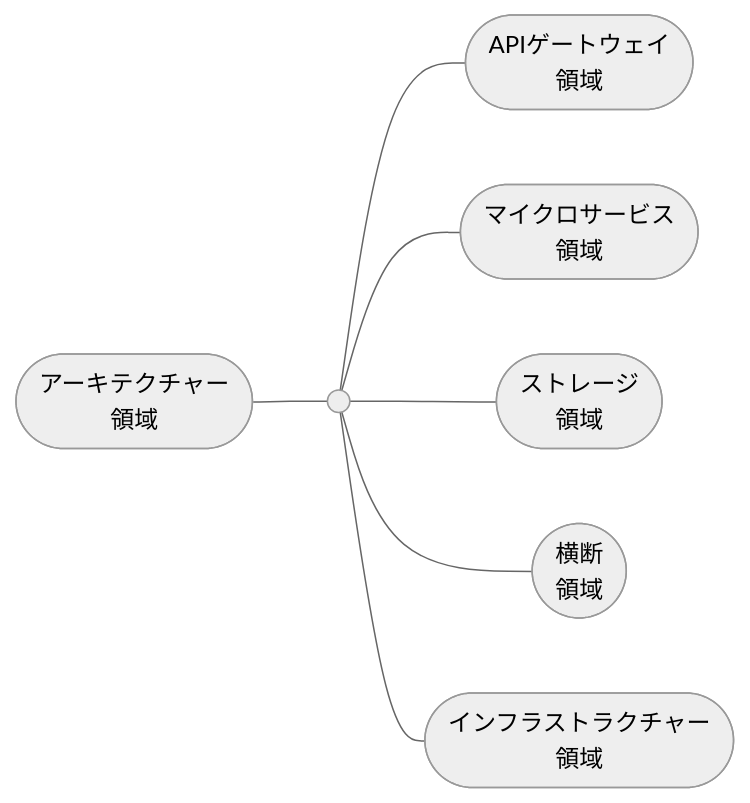
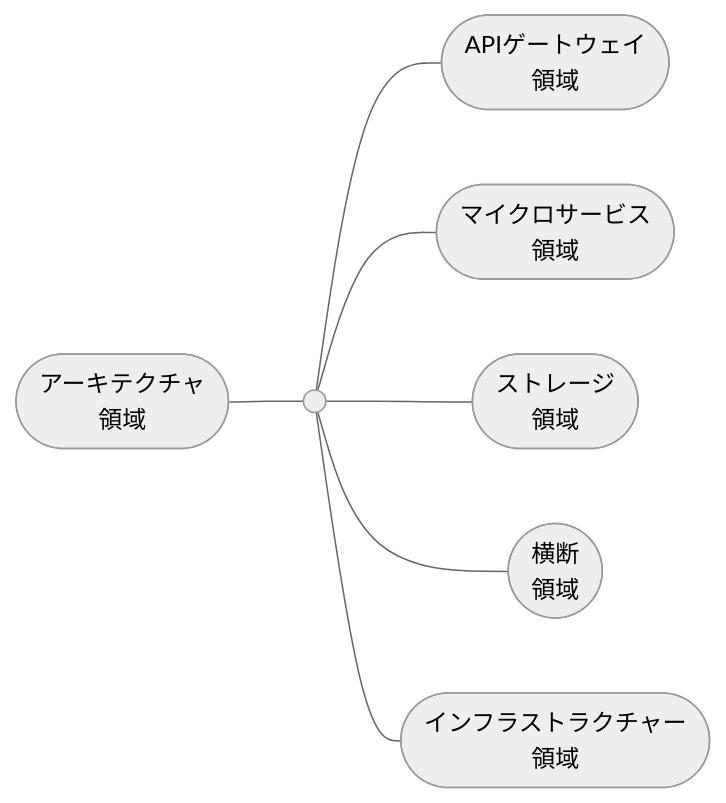
One commit to hiroki-it/tech-notebook changed the first of 24 diagrams in docs/software/software_application_architecture_microservices_cloudnative.md. Above: the diagram before and after it, drawn with Mermaid (neutral theme). The commit also changed other lines of this file and 1 other file, not shown here.

````diff
--- a/docs/software/software_application_architecture_microservices_cloudnative.md
+++ b/docs/software/software_application_architecture_microservices_cloudnative.md
@@ -325,10 +325,10 @@
 ```mermaid
 flowchart LR
 
-  アーキテクチャー領域([アーキテクチャー<br>領域]) --- 基点(( ))
+  アーキテクチャ領域([アーキテクチャ<br>領域]) --- 基点(( ))
   基点 --- APIゲートウェイ領域([APIゲートウェイ<br>領域])
   基点 --- マイクロサービス領域([マイクロサービス<br>領域])
   基点 --- ストレージ領域([ストレージ<br>領域])
   基点 --- 横断領域([横断<br>領域])
   基点 --- インフラストラクチャー領域([インフラストラクチャー<br>領域])
 ```
````
